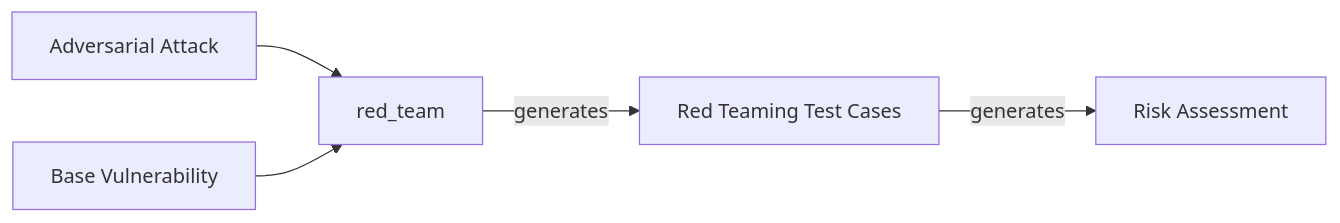
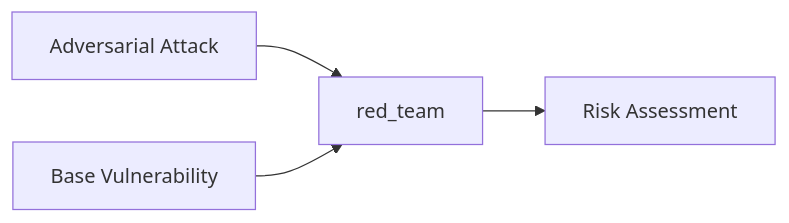
Before and after one commit to meefs/deepteam: the diagram in docs/docs/red-teaming-risk-assessment.mdx, drawn with Mermaid. The commit also changed other lines of this file and 1 other file, not shown here.

Commit message:
final updates to test case and risk assessment docs

````diff
--- a/docs/docs/red-teaming-risk-assessment.mdx
+++ b/docs/docs/red-teaming-risk-assessment.mdx
@@ -28,13 +26,11 @@
 ```mermaid
 flowchart LR
     AA --> RTF
     BV --> RTF
-    RTF --> |generates| RT
-    RT --> |generates| RA
+    RTF --> RA
 
     RTF[red_team]
     BV[Base Vulnerability]
     AA[Adversarial Attack]
-    RT[Red Teaming Test Cases]
     RA[Risk Assessment]
 ```
````
